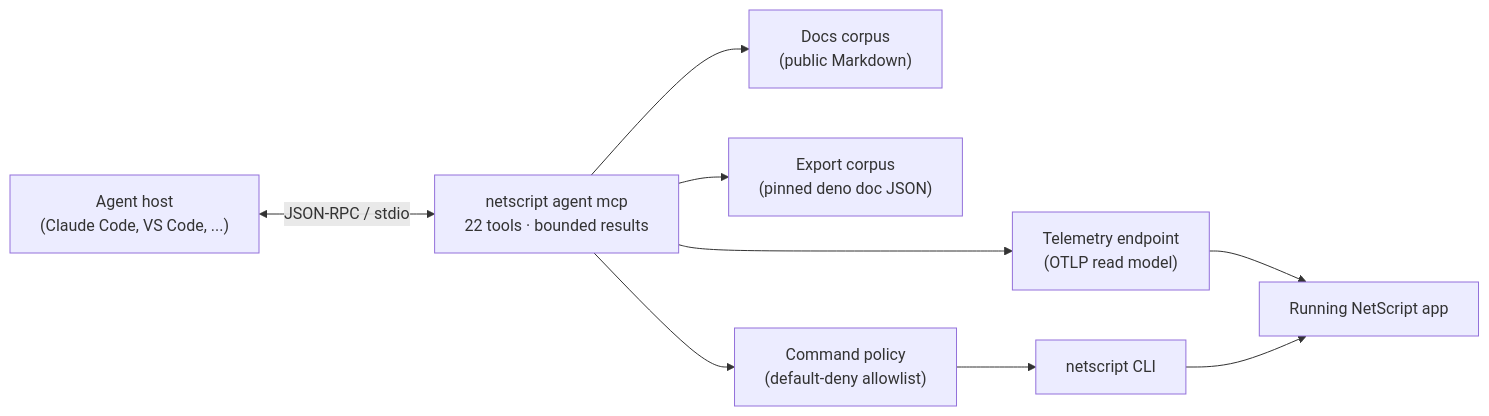
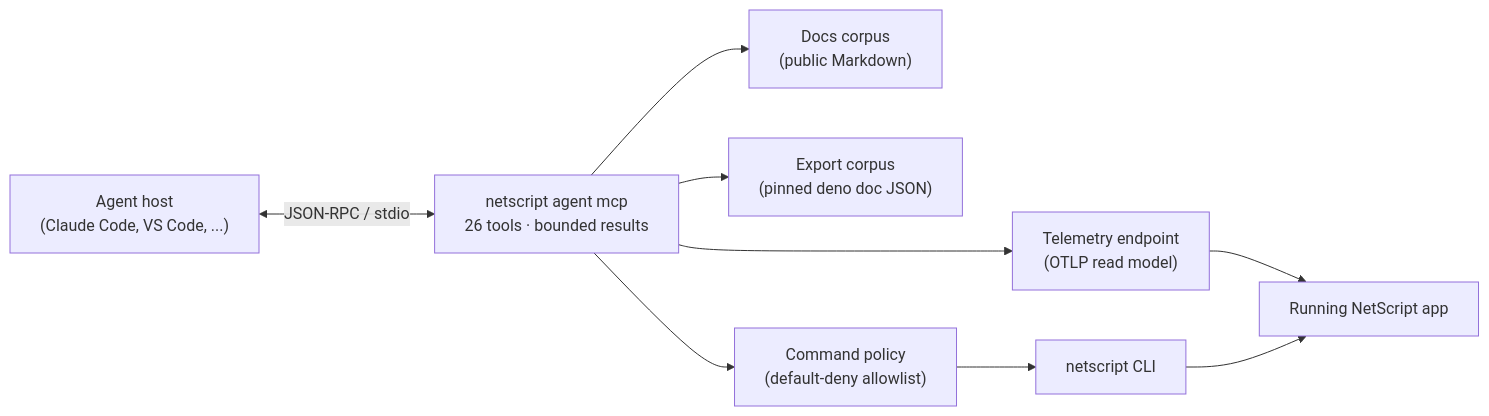
Before and after one commit to rickylabs/netscript: the diagram in packages/mcp/README.md, drawn with Mermaid. The commit also changed other lines of this file and 30 other files, not shown here.

Commit message:
feat(mcp): expose bounded UI registry discovery tools

````diff
--- a/packages/mcp/README.md
+++ b/packages/mcp/README.md
@@ -50,11 +50,11 @@
 ```mermaid
 flowchart LR
-    A["Agent host<br/>(Claude Code, VS Code, ...)"] <-- "JSON-RPC / stdio" --> S["netscript agent mcp<br/>22 tools · bounded results"]
+    A["Agent host<br/>(Claude Code, VS Code, ...)"] <-- "JSON-RPC / stdio" --> S["netscript agent mcp<br/>26 tools · bounded results"]
     S --> T["Telemetry endpoint<br/>(OTLP read model)"]
     S --> D["Docs corpus<br/>(public Markdown)"]
     S --> E["Export corpus<br/>(pinned deno doc JSON)"]
     S --> P["Command policy<br/>(default-deny allowlist)"]
     T --> R["Running NetScript app"]
     P --> C["netscript CLI"]
     C --> R
 ```
````
